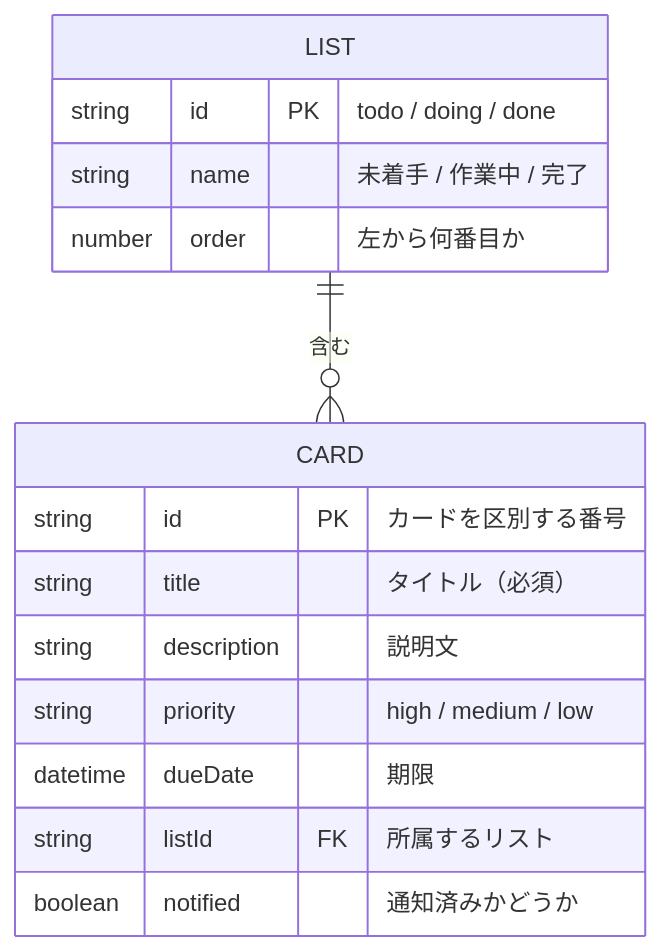
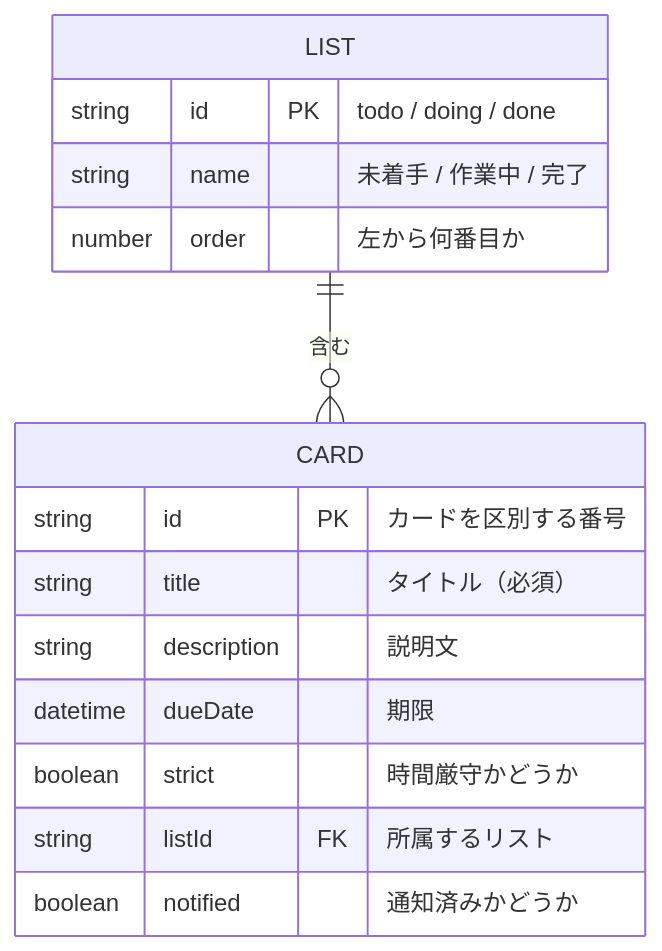
The diagram in docs/design/database.md (mk242329/taskmanagement), drawn with Mermaid before and after one commit. The commit also changed other lines of this file and 11 other files, not shown here.

````diff
--- a/docs/design/database.md
+++ b/docs/design/database.md
@@ -24,18 +24,18 @@
 ```mermaid
 erDiagram
     LIST ||--o{ CARD : "含む"
     LIST {
         string id PK "todo / doing / done"
         string name "未着手 / 作業中 / 完了"
         number order "左から何番目か"
     }
     CARD {
         string id PK "カードを区別する番号"
         string title "タイトル（必須）"
         string description "説明文"
-        string priority "high / medium / low"
         datetime dueDate "期限"
+        boolean strict "時間厳守かどうか"
         string listId FK "所属するリスト"
         boolean notified "通知済みかどうか"
     }
 ```
````
